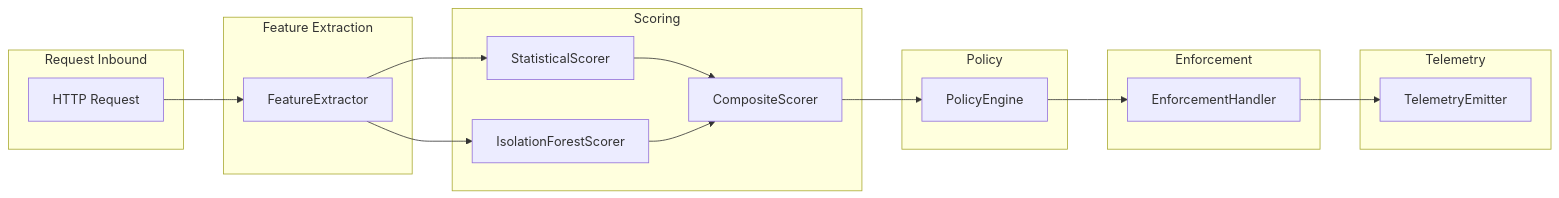
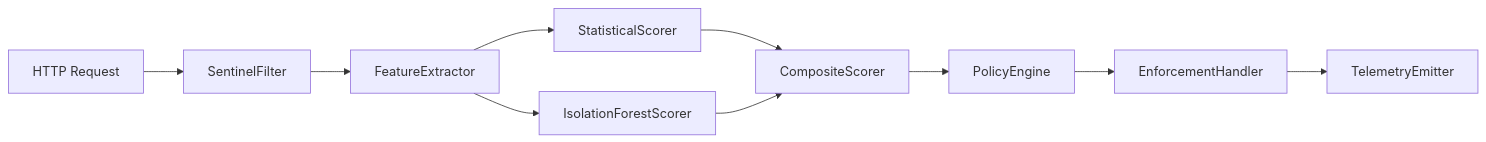
One commit to busingepius/ai-sentinel changed the diagram in ARCHITECTURE.md. Above: the diagram before and after it, drawn with Mermaid. The commit also changed other lines of this file and 4 other files, not shown here.

````diff
--- a/ARCHITECTURE.md
+++ b/ARCHITECTURE.md
@@ -36,37 +38,22 @@
 ```mermaid
 flowchart LR
-    subgraph inbound [Request Inbound]
-        Req[HTTP Request]
-    end
+    Req[HTTP Request]
+    Filter[SentinelFilter]
+    Extractor[FeatureExtractor]
+    Stat[StatisticalScorer]
+    IF[IsolationForestScorer]
+    Comp[CompositeScorer]
+    Pol[PolicyEngine]
+    Enf[EnforcementHandler]
+    Tel[TelemetryEmitter]
 
-    subgraph extraction [Feature Extraction]
-        Extractor[FeatureExtractor]
-    end
-
-    subgraph scoring [Scoring]
-        Statistical[StatisticalScorer]
-        IF[IsolationForestScorer]
-        Agg[CompositeScorer]
-    end
-
-    subgraph policy [Policy]
-        PolicyEngine[PolicyEngine]
-    end
-
-    subgraph enforcement [Enforcement]
-        Enforcer[EnforcementHandler]
-    end
-
-    subgraph telemetry [Telemetry]
-        TelemetryEmitter[TelemetryEmitter]
-    end
-
-    Req --> Extractor
-    Extractor --> Statistical
+    Req --> Filter
+    Filter --> Extractor
+    Extractor --> Stat
     Extractor --> IF
-    Statistical --> Agg
-    IF --> Agg
-    Agg --> PolicyEngine
-    PolicyEngine --> Enforcer
-    Enforcer --> TelemetryEmitter
+    Stat --> Comp
+    IF --> Comp
+    Comp --> Pol
+    Pol --> Enf
+    Enf --> Tel
 ```
````
